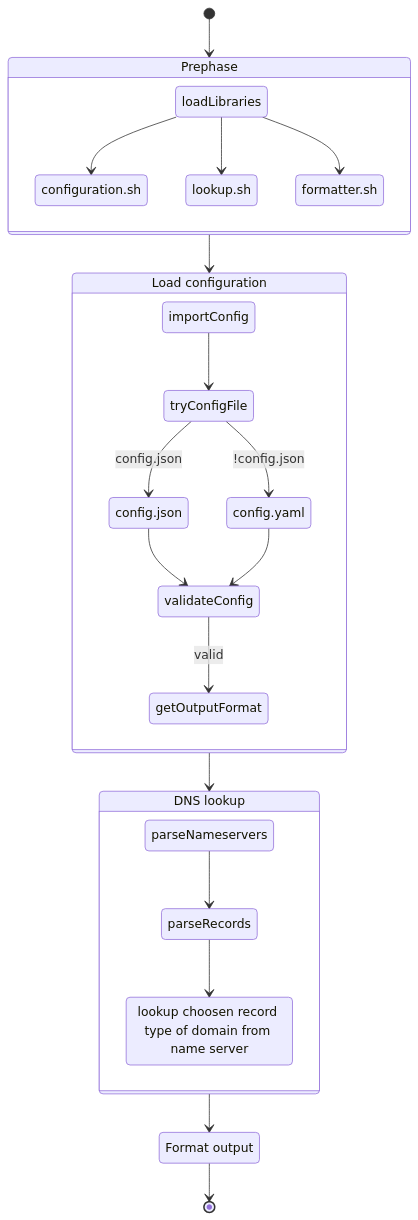
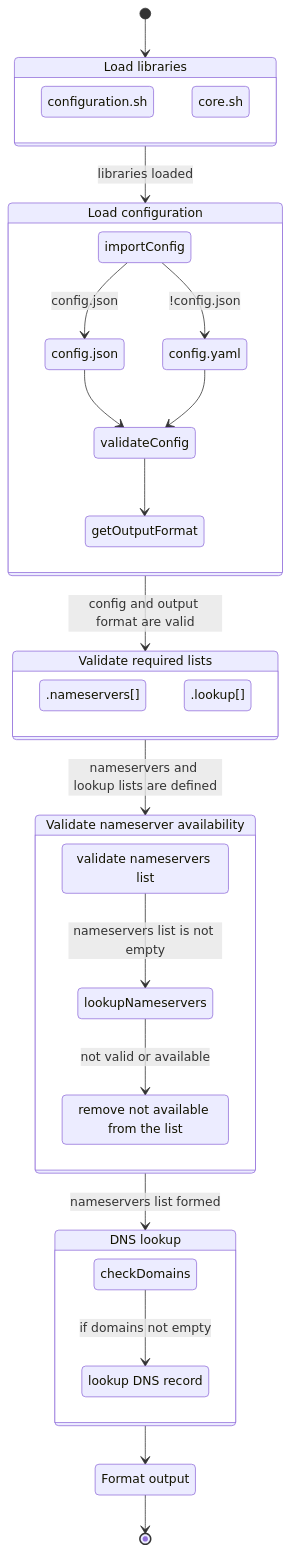
Before and after one commit to iansober/multiple-ns-lookup: the diagram in docs/README.md, drawn with Mermaid. The commit also changed 3 other files, not shown here.

````diff
--- a/docs/README.md
+++ b/docs/README.md
@@ -3,33 +3,47 @@
 ```mermaid
 stateDiagram
-    [*] --> Prephase
-    state Prephase {
-        loadLibraries --> configuration.sh
-        loadLibraries --> lookup.sh
-        loadLibraries --> formatter.sh
+    [*] --> loadLibraries
+    loadLibraries: Load libraries
+    state loadLibraries {
+        configuration.sh
+        core.sh
     }
 
-    Prephase --> loadConfig
+    loadLibraries --> loadConfig: libraries loaded
     loadConfig: Load configuration
     state loadConfig {
-        importConfig --> tryConfigFile
-        tryConfigFile --> config.json: config.json
-        tryConfigFile --> config.yaml: !config.json
+        importConfig --> config.json: config.json
+        importConfig --> config.yaml: !config.json
         config.json --> validateConfig
         config.yaml --> validateConfig
-        validateConfig --> getOutputFormat: valid
+        validateConfig --> getOutputFormat
     }
 
-    loadConfig --> lookup
+    loadConfig --> validateLists: config and output format are valid
+    validateLists: Validate required lists
+    state validateLists {
+        checkNameserversList: .nameservers[]
+        checkLookupList: .lookup[]
+    }
+
+    validateLists --> tryNameservers: nameservers and lookup lists are defined
+    tryNameservers: Validate nameserver availability
+    state tryNameservers {
+        checkList --> lookupNameservers: nameservers list is not empty
+        lookupNameservers --> unsetNotValid: not valid or available
+        checkList: validate nameservers list
+        unsetNotValid: remove not available from the list
+    }
+
+    tryNameservers --> lookup: nameservers list formed
     lookup: DNS lookup
     state lookup {
-        parseNameservers --> parseRecords
-        parseRecords --> dig
-        dig: lookup choosen record type of domain from name server
+        checkDomains --> lookupDNSRecord: if domains not empty
+        lookupDNSRecord: lookup DNS record
     }
 
     lookup --> formatOutput
     formatOutput: Format output
 
     formatOutput --> [*]
 ```
````
